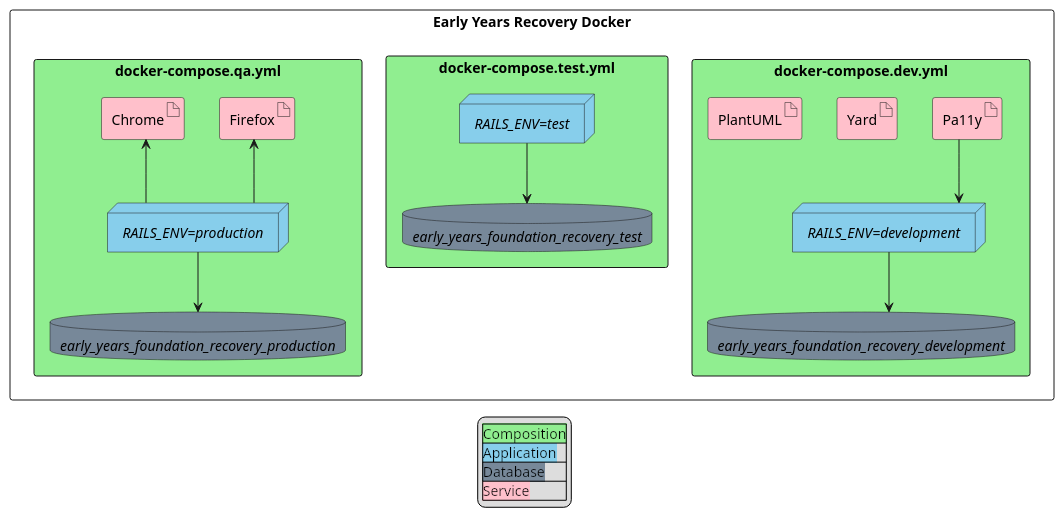
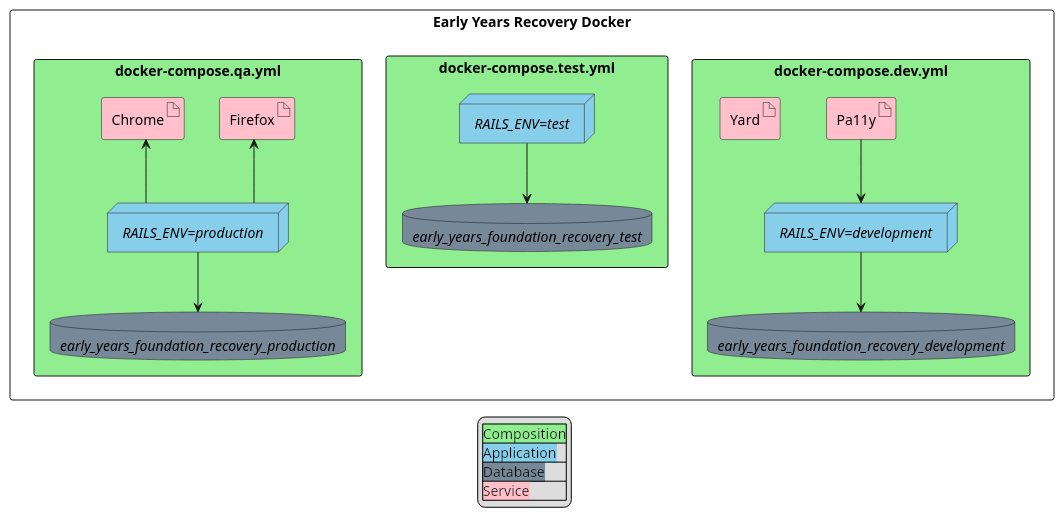
One commit to DFE-Digital/early-years-foundation-recovery changed the diagram in uml/docker.puml. Above: the diagram before and after it, drawn with PlantUML. The commit also changed 3 other files, not shown here.

Commit message:
tidy deployment diagram and documentation

```diff
--- a/uml/docker.puml
+++ b/uml/docker.puml
@@ -1,66 +1,65 @@
 @startuml
 hide stereotype
 
 <style>
   .f {
     BackgroundColor Pink
   }
   .s {
     BackgroundColor LightGreen
   }
   .i {
     BackgroundColor SkyBlue
     FontStyle italic
   }
   .b {
     BackgroundColor LightSlateGray
     FontStyle italic
   }
 }
 </style>
 
 ' Legend colours need to be updated manually
 legend
 |<back:LightGreen>Composition</back>|
 |<back:SkyBlue>Application</back>|
 |<back:LightSlateGrey>Database</back>|
 |<back:Pink>Service</back>|
 endlegend
 
 
 rectangle "Early Years Recovery Docker" {
   rectangle "docker-compose.dev.yml" <<s>> {
     node "RAILS_ENV=development" as dev <<i>>
     database "early_years_foundation_recovery_development" <<b>>
     artifact Pa11y <<f>>
     artifact Yard <<f>>
-    artifact PlantUML <<f>>
   }
 
   rectangle "docker-compose.test.yml" <<s>> {
     node "RAILS_ENV=test" as test <<i>>
     database "early_years_foundation_recovery_test" <<b>>
   }
 
   rectangle "docker-compose.qa.yml" <<s>> {
     node "RAILS_ENV=production" as qa <<i>>
     database "early_years_foundation_recovery_production" <<b>>
     artifact Firefox <<f>>
     artifact Chrome <<f>>
   }
 
 }
 
 ' straight horizontal/vertical connecting lines
 skinparam linetype ortho
 
 dev --> early_years_foundation_recovery_development
 test --> early_years_foundation_recovery_test
 qa --> early_years_foundation_recovery_production
 
 Pa11y --> dev
 
 Firefox <-- qa
 Chrome <-- qa
 
 @enduml
```
